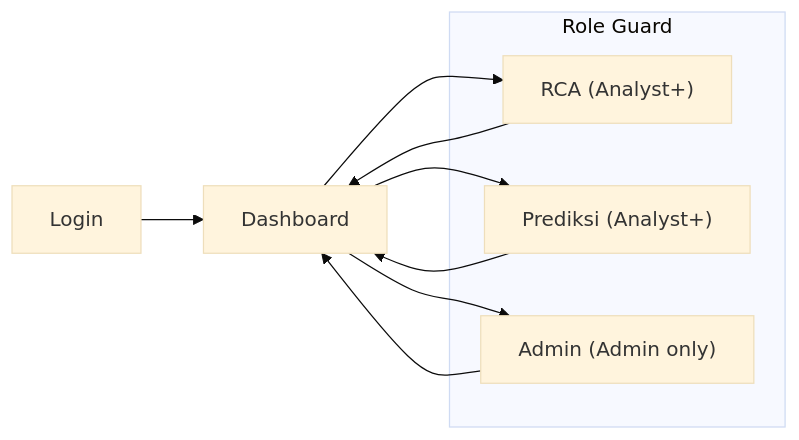
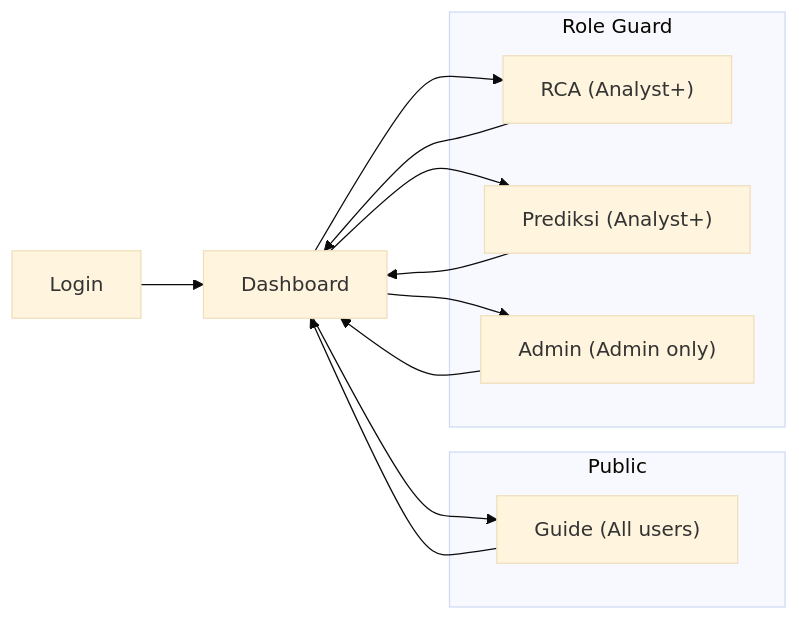
Before and after one commit to RayhanLup1n/bi-hackathon-group-1: the diagram in docs/frd/FRD.md, drawn with Mermaid (base theme). The commit also changed other lines of this file and 3 other files, not shown here.

````diff
--- a/docs/frd/FRD.md
+++ b/docs/frd/FRD.md
@@ -52,16 +53,21 @@
 ```mermaid
 graph LR
     Login --> Dashboard
+    Dashboard --> Guide
     Dashboard --> RCA
     Dashboard --> Prediksi
     Dashboard --> Admin
+    Guide --> Dashboard
     RCA --> Dashboard
     Prediksi --> Dashboard
     Admin --> Dashboard
     
+    subgraph "Public"
+        Guide["Guide (All users)"]
+    end
     subgraph "Role Guard"
         RCA["RCA (Analyst+)"]
         Prediksi["Prediksi (Analyst+)"]
         Admin["Admin (Admin only)"]
     end
 ```
````
